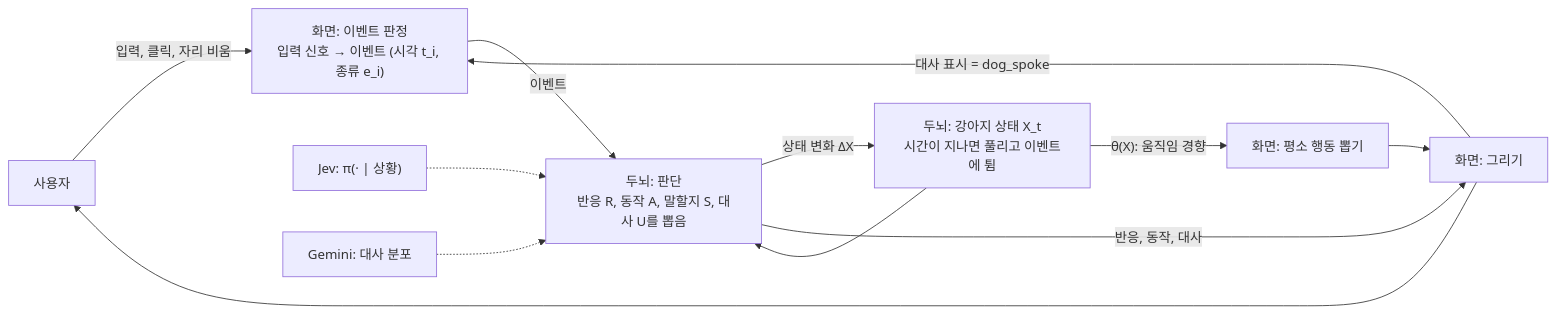
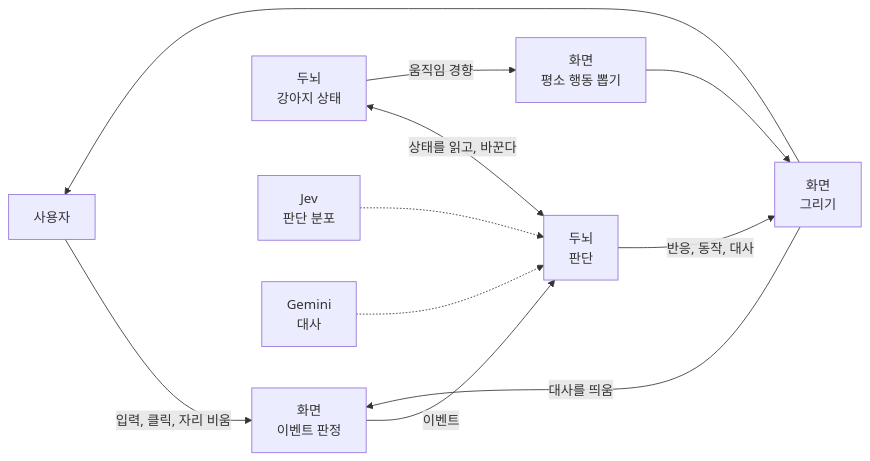
Before and after one commit to HEOSEONGILml/AssistantChatBot: the first of 8 diagrams in ARCHITECTURE.md, drawn with Mermaid. The commit also changed other lines of this file and 6 other files, not shown here.

````diff
--- a/ARCHITECTURE.md
+++ b/ARCHITECTURE.md
@@ -29,14 +11,13 @@
 ```mermaid
 flowchart LR
-  U["사용자"] -->|"입력, 클릭, 자리 비움"| DET["화면: 이벤트 판정<br>입력 신호 → 이벤트 (시각 t_i, 종류 e_i)"]
-  DET -->|"이벤트"| DEC["두뇌: 판단<br>반응 R, 동작 A, 말할지 S, 대사 U를 뽑음"]
-  X["두뇌: 강아지 상태 X_t<br>시간이 지나면 풀리고 이벤트에 튐"] --> DEC
-  DEC -->|"상태 변화 ΔX"| X
-  JEV["Jev: π(· | 상황)"] -.-> DEC
-  GEM["Gemini: 대사 분포"] -.-> DEC
-  DEC -->|"반응, 동작, 대사"| OUT["화면: 그리기"]
-  X -->|"θ(X): 움직임 경향"| BEH["화면: 평소 행동 뽑기"]
+  U["사용자"] -->|"입력, 클릭, 자리 비움"| DET["화면<br>이벤트 판정"]
+  DET -->|"이벤트"| DEC["두뇌<br>판단"]
+  X["두뇌<br>강아지 상태"] <-->|"상태를 읽고, 바꾼다"| DEC
+  JEV["Jev<br>판단 분포"] -.-> DEC
+  GEM["Gemini<br>대사"] -.-> DEC
+  DEC -->|"반응, 동작, 대사"| OUT["화면<br>그리기"]
+  X -->|"움직임 경향"| BEH["화면<br>평소 행동 뽑기"]
   BEH --> OUT
   OUT --> U
-  OUT -->|"대사 표시 = dog_spoke"| DET
+  OUT -->|"대사를 띄움"| DET
 ```
````
